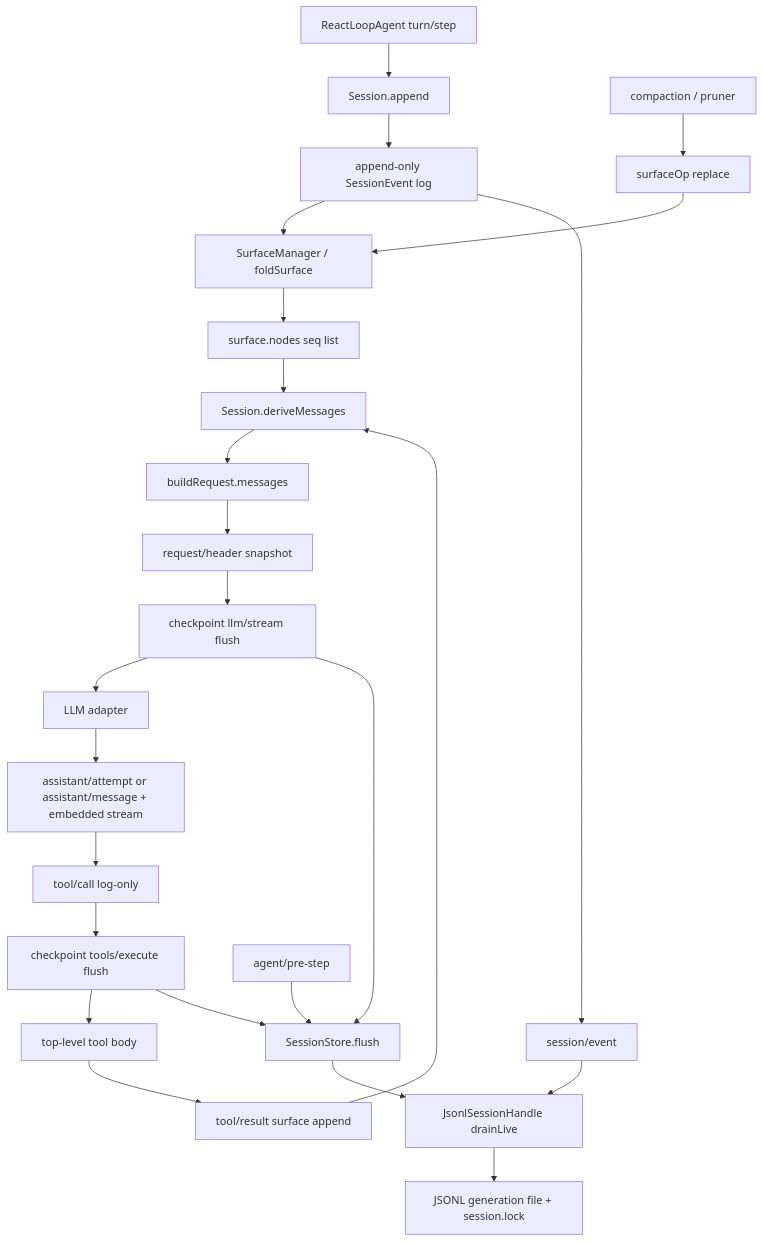
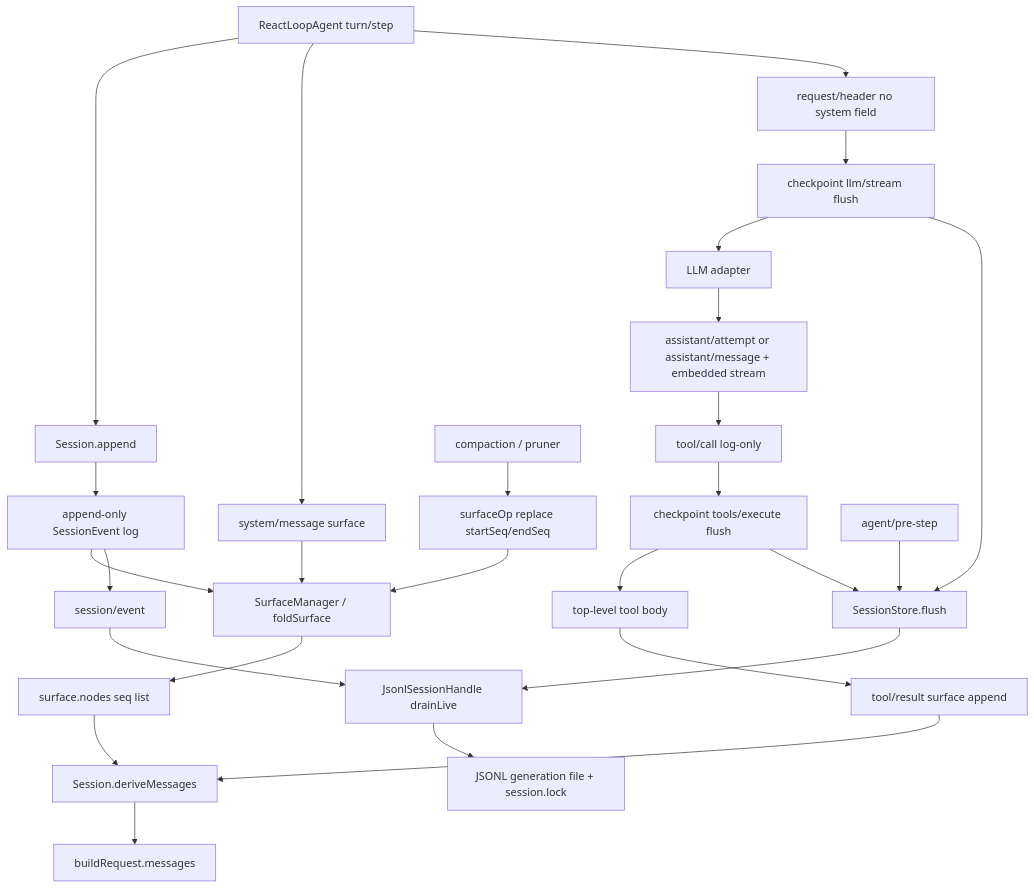
Before and after one commit to wdnmdtonyma/SOTA-Agent-LLM-Wiki: the diagram in docs/llm-wiki/deepseek-harness/spine/session-log.md, drawn with Mermaid. The commit also changed other lines of this file and 219 other files, not shown here.

````diff
--- a/docs/llm-wiki/deepseek-harness/spine/session-log.md
+++ b/docs/llm-wiki/deepseek-harness/spine/session-log.md
@@ -72,27 +76,29 @@
 ```mermaid
 flowchart TD
   Loop["ReactLoopAgent turn/step"] --> Append["Session.append"]
   Append --> Log["append-only SessionEvent log"]
   Log --> Fold["SurfaceManager / foldSurface"]
   Fold --> Nodes["surface.nodes seq list"]
   Nodes --> Derive["Session.deriveMessages"]
   Derive --> Req["buildRequest.messages"]
-  Req --> Header["request/header snapshot"]
+  Loop --> SysMsg["system/message surface"]
+  SysMsg --> Fold
+  Loop --> Header["request/header no system field"]
   Header --> CkptLlm["checkpoint llm/stream flush"]
   CkptLlm --> Adapter["LLM adapter"]
   Adapter --> Attempt["assistant/attempt or assistant/message + embedded stream"]
   Attempt --> Call["tool/call log-only"]
   Call --> CkptTool["checkpoint tools/execute flush"]
   CkptTool --> Body["top-level tool body"]
   Body --> Result["tool/result surface append"]
   Result --> Derive
-  Compact["compaction / pruner"] --> Replace["surfaceOp replace"]
+  Compact["compaction / pruner"] --> Replace["surfaceOp replace startSeq/endSeq"]
   Replace --> Fold
   Log --> Bus["session/event"]
   CkptLlm --> Flush["SessionStore.flush"]
   CkptTool --> Flush
   Pre["agent/pre-step"] --> Flush
   Flush --> Handle["JsonlSessionHandle drainLive"]
   Bus --> Handle
   Handle --> Persist["JSONL generation file + session.lock"]
 ```
````
